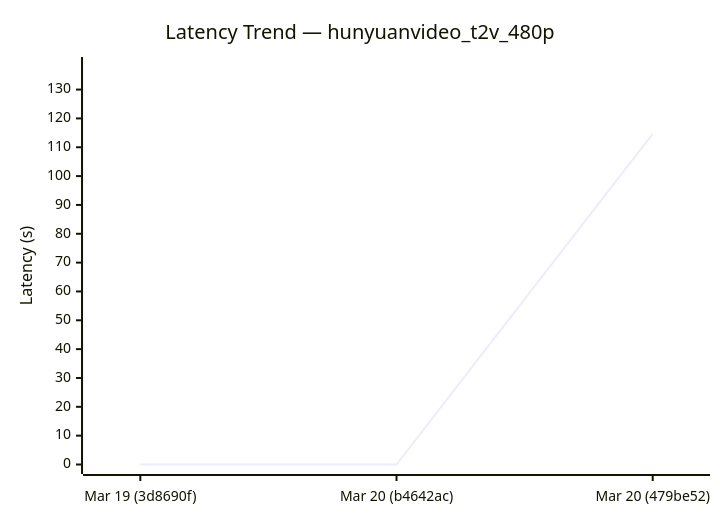
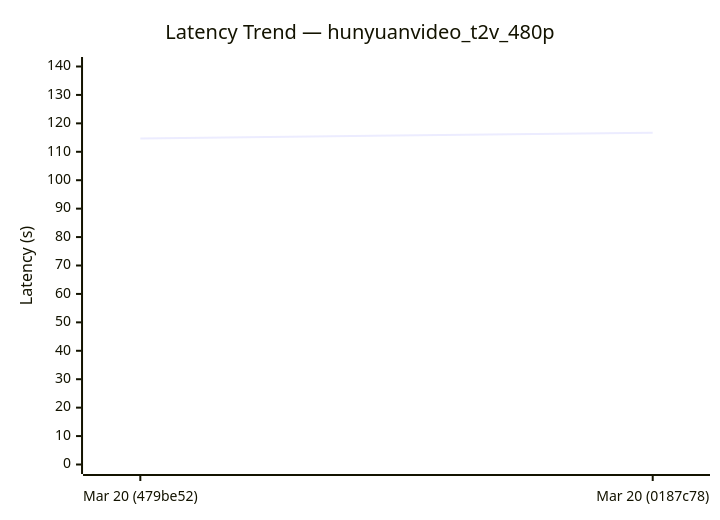
Before and after one commit to sglang-bot/sglang-ci-data: the sixth of 6 diagrams in diffusion-comparisons/dashboard.md, drawn with Mermaid. The commit also changed other lines of this file and 1 other file, not shown here.

````diff
--- a/diffusion-comparisons/dashboard.md
+++ b/diffusion-comparisons/dashboard.md
@@ -133,7 +95,7 @@
 ```mermaid
 xychart-beta
   title "Latency Trend — hunyuanvideo_t2v_480p"
-  x-axis ["Mar 19 (3d8690f)", "Mar 20 (b4642ac)", "Mar 20 (479be52)"]
-  y-axis "Latency (s)" 0 --> 138
-  line [0.00, 0.00, 114.67]
+  x-axis ["Mar 20 (479be52)", "Mar 20 (0187c78)"]
+  y-axis "Latency (s)" 0 --> 140
+  line [114.67, 116.73]
 ```
````
